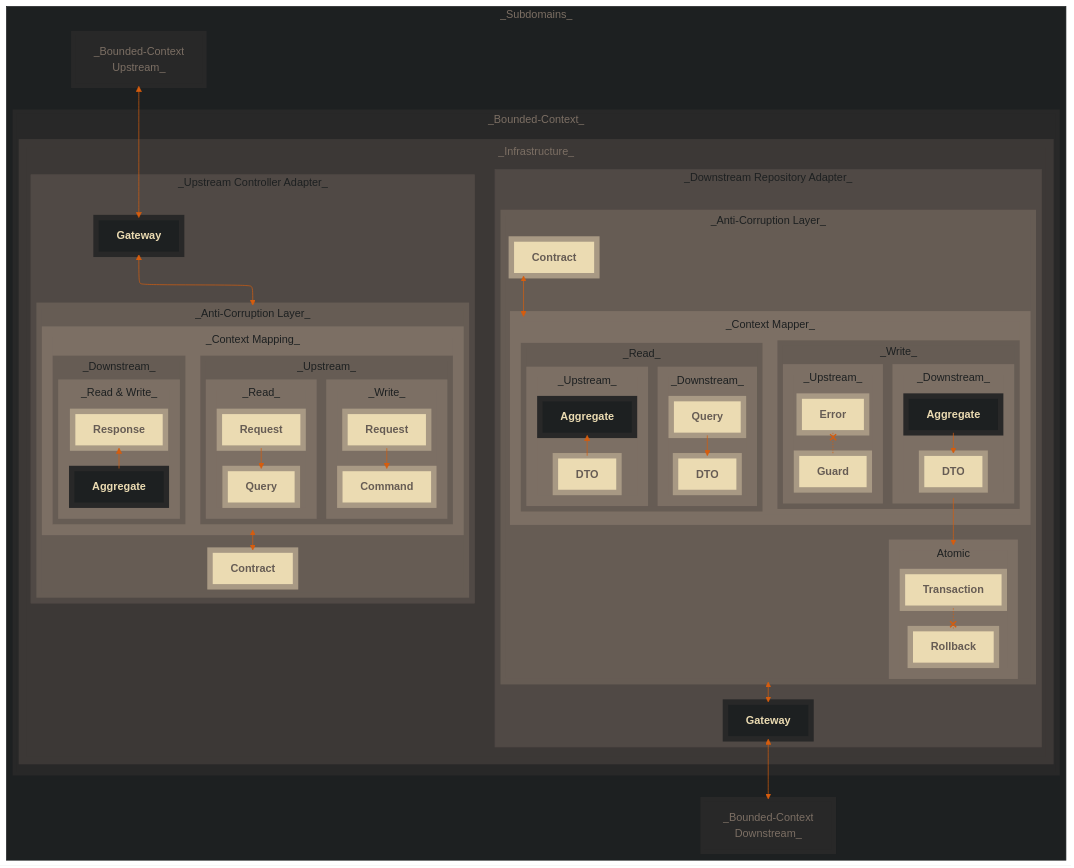
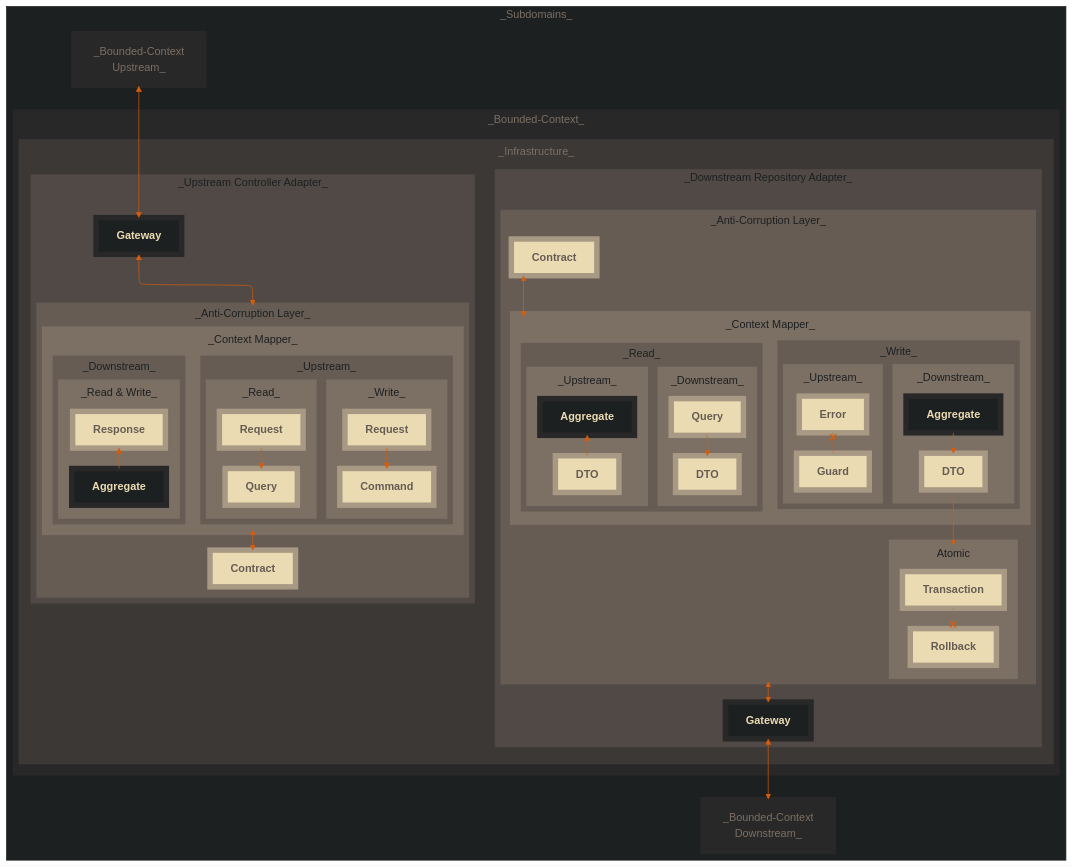
The diagram in diagrams/anti-corruption-layer-context-mapping.mermaid (superhero/handbook), drawn with Mermaid before and after one commit. The commit also changed 1 other file, not shown here.

```diff
--- a/diagrams/anti-corruption-layer-context-mapping.mermaid
+++ b/diagrams/anti-corruption-layer-context-mapping.mermaid
@@ -1,116 +1,116 @@
 ---
 
 config:
     layout: elk
     look: classic
     theme: base
     themeVariables:
         fontFamily: "monospace"
         lineColor: "#D65D0E"
 
 ---
 
 flowchart TB
     subgraph Subdomains["_Subdomains_"]
         subgraph ImplementedBoundedContext["_Bounded-Context_"]
             subgraph Infrastructure["_Infrastructure_"]
                 subgraph Controller["_Upstream Controller Adapter_"]
                     subgraph ControllerACL["_Anti-Corruption Layer_"]
-                        subgraph ControllerContextMapper[_Context Mapping_]
+                        subgraph ControllerContextMapper[_Context Mapper_]
                             subgraph UpstreamControllerContextMapper["_Upstream_"]
                                 subgraph ControllerWriteModel["_Write_"]
                                     UpstreamControllerWriteModelRequest[Request] --> ControllerCommand[Command]
                                 end
 
                                 subgraph ControllerReadModel["_Read_"]
                                     UpstreamControllerReadModelRequest[Request] --> ControllerQuery[Query]
                                 end
                             end
 
                             subgraph DownstreamControllerContextMapper["_Downstream_"]
                                 subgraph DownstreamControllerReadWriteModel["_Read & Write_"]
                                     direction BT
                                     DownstreamControllerSchema["Aggregate"] --> DownstreamResponse[Response]
                                 end
                             end
                         end
 
                         ControllerContextMapper <--> ControllerContract[Contract]
                     end
 
                     ControllerGateway ~~~ ControllerACL
                     ControllerGateway[Gateway] <--> ControllerACL
                     ControllerGateway ~~~ ControllerACL
                     ControllerGateway ~~~ ControllerACL
                     ControllerGateway ~~~ ControllerACL
                 end
 
                 subgraph Repository["_Downstream Repository Adapter_"]
                     subgraph RepositoryACL["_Anti-Corruption Layer_"]
                         subgraph RepositoryContextMapper["_Context Mapper_"]
                             subgraph RepositoryWriteModel["_Write_"]
                                 subgraph DownstreamRepositoryWriteModel["_Downstream_"]
                                     DownstreamRepositorySchema["Aggregate"] --> WriteModelDownstreamRepositoryDTO[DTO]
                                 end
 
                                 subgraph UpstreamRepositoryWriteModel["_Upstream_"]
                                     direction BT
                                     UpstreamRepositoryGuard[Guard] -.-x UpstreamRepositorySchema["Error"]
                                 end
                             end
                                 
                             subgraph RepositoryReadModel["_Read_"]
                                 subgraph DownstreamRepositoryReadModel["_Downstream_"]
                                     RepositoryQuery[Query] --> ReadModelDownstreamRepositoryDTO[DTO]
                                 end
 
                                 subgraph UpstreamRepositoryReadModel["_Upstream_"]
                                     direction BT
                                     UpstreamRepositoryReadModelDTO[DTO] --> UpstreamRepositoryReadModelSchema["Aggregate"]
                                 end
                             end
                         end
 
                         subgraph RepositoryAtomic[Atomic]
                             RepositoryAtomicTransaction[Transaction] -.-x RepositoryAtomicRollback[Rollback]
                         end
 
                         RepositoryContract[Contract]    <--> RepositoryContextMapper
                         RepositoryContract              ~~~~ RepositoryContextMapper
                         RepositoryContract              ~~~~ RepositoryContextMapper
                         RepositoryContract              ~~~~ RepositoryContextMapper
                         RepositoryContract              ~~~~ RepositoryContextMapper
                         RepositoryContract              ~~~~ RepositoryContextMapper
                         DownstreamRepositoryWriteModel  ---> RepositoryAtomic
                     end
 
                     RepositoryACL <--> RepositoryGateway[Gateway]
                 end
             end
         end
 
         ControllerBoundedContext["_Bounded-Context<br>Upstream_"] <--> ControllerGateway
         RepositoryGateway <--> RepositoryBoundedContext["_Bounded-Context<br>Downstream_"]
     end
 
     classDef nsDepth_1 fill:#1D2021,stroke:#1D2021,color:#7C6F64
     classDef nsDepth_2 fill:#282828,stroke:#282828,color:#7C6F64,stroke-width:6px
     classDef nsDepth_3 fill:#3C3836,stroke:#3C3836,color:#7C6F64,stroke-width:12px
     classDef nsDepth_4 fill:#504945,stroke:#504945,color:#1D2021
     classDef nsDepth_5 fill:#665C54,stroke:#665C54,color:#1D2021,stroke-width:8px
     classDef nsDepth_6 fill:#7C6F64,stroke:#7C6F64,color:#1D2021,stroke-width:16px
     
     classDef implementation fill:#1D2021,stroke:#282828,font-weight:bold,stroke-width:8px,color:#EBDBB2
     classDef contract fill:#EBDBB2,stroke:#A89984,font-weight:bold,stroke-width:8px,color:#665C54
 
     class Subdomains nsDepth_1
     class ImplementedBoundedContext,ControllerBoundedContext,RepositoryBoundedContext nsDepth_2
     class Infrastructure nsDepth_3
     class Controller,Repository nsDepth_4
     class ControllerACL,RepositoryACL nsDepth_5
     class ControllerContextMapper,RepositoryContextMapper,RepositoryAtomic,DownstreamControllerReadWriteModel nsDepth_6
     class UpstreamControllerContextMapper,DownstreamControllerContextMapper,RepositoryWriteModel,RepositoryReadModel nsDepth_5
     class ControllerWriteModel,ControllerReadModel,UpstreamRepositoryWriteModel,UpstreamRepositoryReadModel,DownstreamRepositoryReadModel,DownstreamRepositoryWriteModel nsDepth_6
     
     class RepositoryAtomicTransaction,UpstreamControllerWriteModelRequest,UpstreamControllerReadModelRequest,DownstreamResponse,ControllerQuery,RepositoryQuery,ControllerCommand,RepositoryContract,ControllerContract,UpstreamRepositoryGuard,UpstreamRepositoryReadModelDTO,UpstreamRepositorySchema,WriteModelDownstreamRepositoryDTO,ReadModelDownstreamRepositoryDTO,RepositoryAtomicRollback contract
     class UpstreamRepositoryReadModelSchema,DownstreamRepositorySchema,DownstreamControllerSchema,RepositoryGateway,RepositoryMapper,RepositoryGuard,ControllerMapper,ControllerGateway,ControllerAdapter,RepositoryAdapter implementation
```
